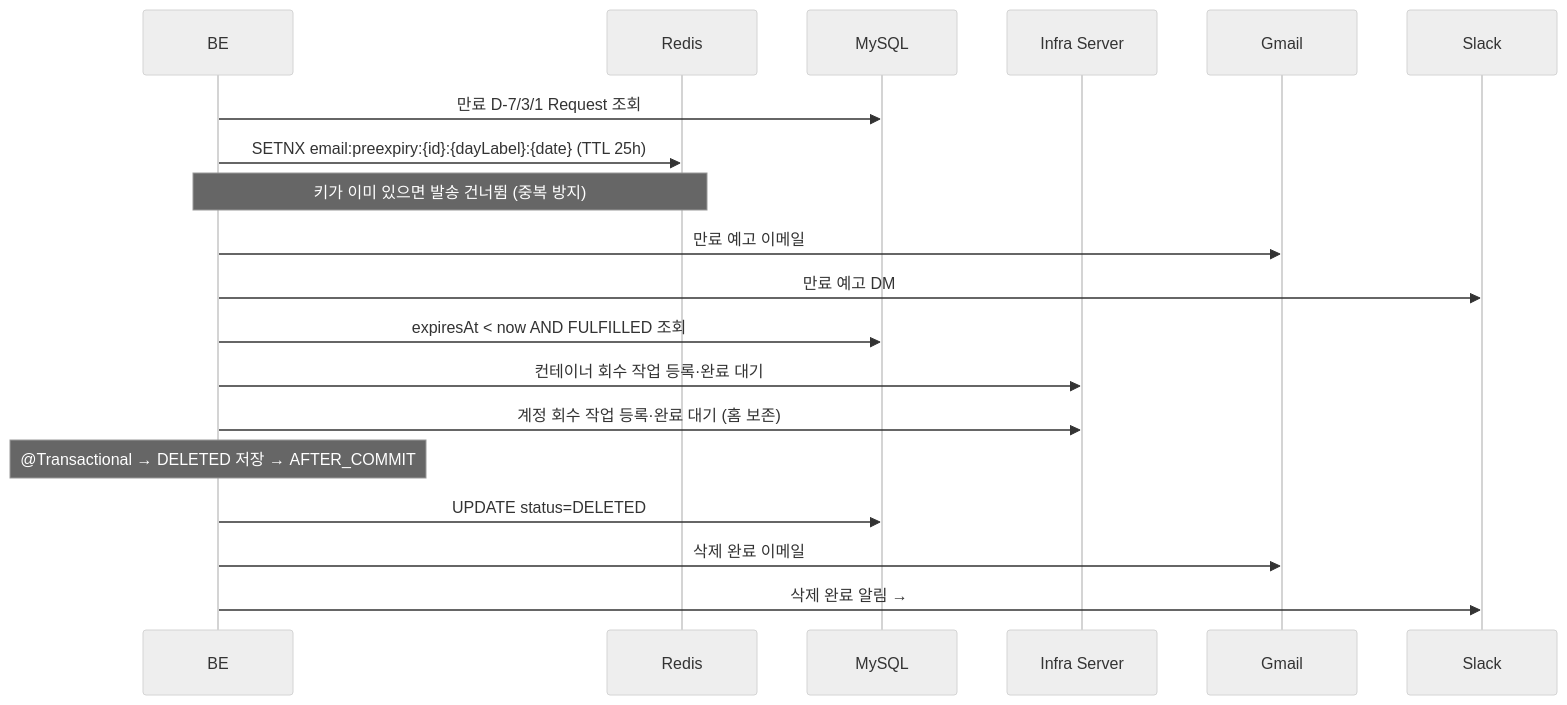
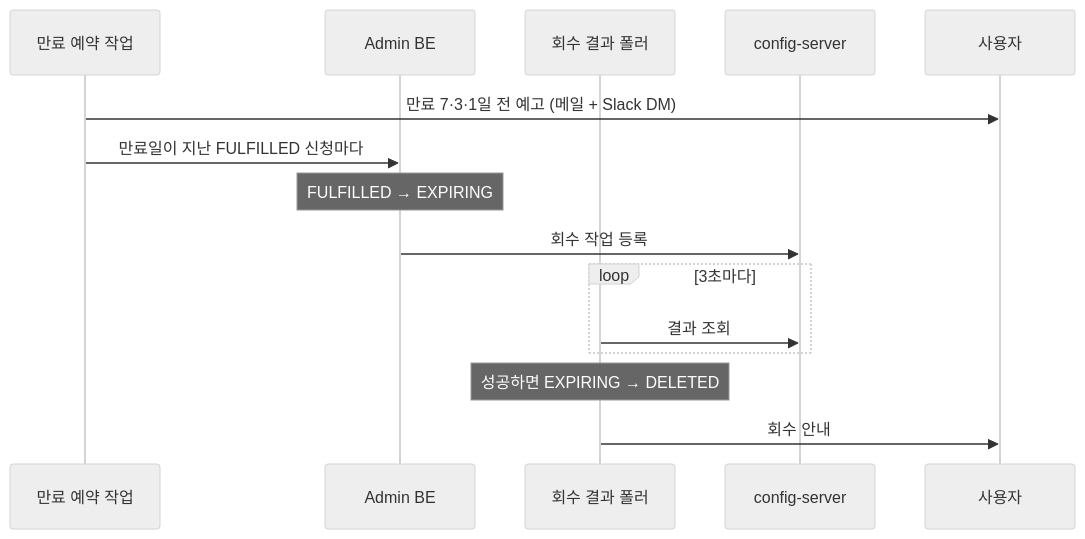
The fifth of 5 diagrams in md/backend/시스템-아키텍처.md (CSID-DGU/admin_wiki), drawn with Mermaid (neutral theme) before and after one commit. The commit also changed other lines of this file and 11 other files, not shown here.

````diff
--- a/md/backend/시스템-아키텍처.md
+++ b/md/backend/시스템-아키텍처.md
@@ -232,23 +197,18 @@
 ```mermaid
 sequenceDiagram
-    participant BE as BE
-    participant Redis as Redis
-    participant MySQL as MySQL
-    participant Infra as Infra Server
-    participant Gmail as Gmail
-    participant Slack as Slack
+    participant S as 만료 예약 작업
+    participant BE as Admin BE
+    participant P as 회수 결과 폴러
+    participant CS as config-server
+    participant U as 사용자
 
-    BE->>MySQL: 만료 D-7/3/1 Request 조회
-    BE->>Redis: SETNX email:preexpiry:{id}:{dayLabel}:{date} (TTL 25h)
-    Note over BE,Redis: 키가 이미 있으면 발송 건너뜀 (중복 방지)
-    BE->>Gmail: 만료 예고 이메일
-    BE->>Slack: 만료 예고 DM
-
-    BE->>MySQL: expiresAt < now AND FULFILLED 조회
-    BE->>Infra: 컨테이너 회수 작업 등록·완료 대기
-    BE->>Infra: 계정 회수 작업 등록·완료 대기 (홈 보존)
-    Note over BE: @Transactional → DELETED 저장 → AFTER_COMMIT
-    BE->>MySQL: UPDATE status=DELETED
-    BE->>Gmail: 삭제 완료 이메일
-    BE->>Slack: 삭제 완료 알림 → #farm-admin / #lab-admin
+    S->>U: 만료 7·3·1일 전 예고 (메일 + Slack DM)
+    S->>BE: 만료일이 지난 FULFILLED 신청마다
+    Note over BE: FULFILLED → EXPIRING
+    BE->>CS: 회수 작업 등록
+    loop 3초마다
+        P->>CS: 결과 조회
+    end
+    Note over P: 성공하면 EXPIRING → DELETED
+    P->>U: 회수 안내
 ```
````
